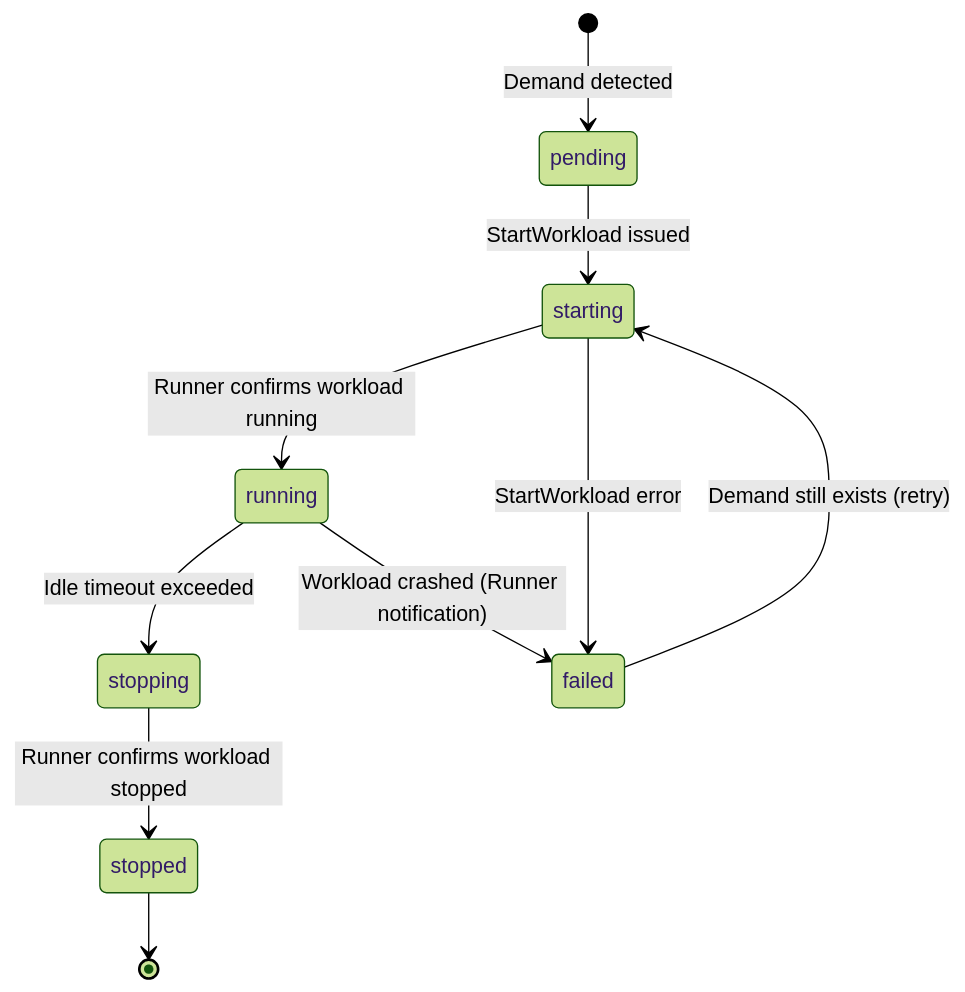
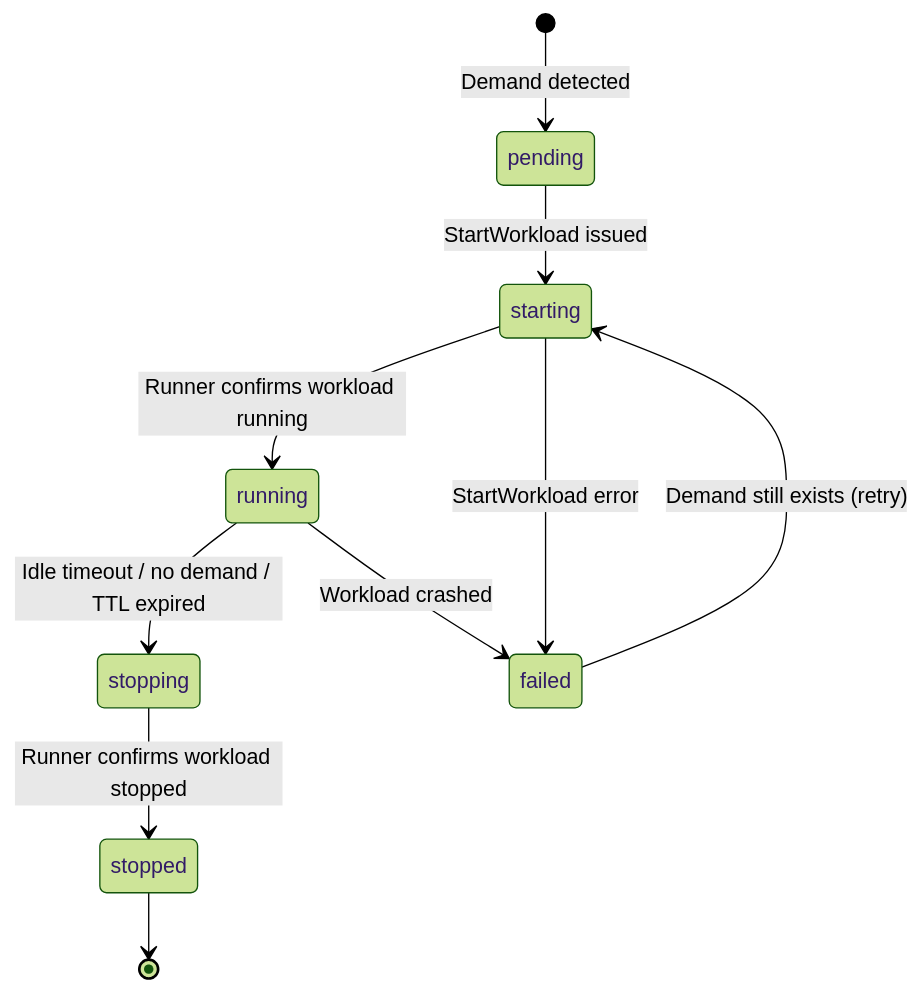
One commit to agynio/architecture changed the second of 3 diagrams in architecture/orchestrator.md. Above: the diagram before and after it, drawn with Mermaid (forest theme). The commit also changed other lines of this file and 12 other files, not shown here.

````diff
--- a/architecture/orchestrator.md
+++ b/architecture/orchestrator.md
@@ -83,12 +162,12 @@
 ```mermaid
 stateDiagram-v2
     [*] --> pending: Demand detected
     pending --> starting: StartWorkload issued
     starting --> running: Runner confirms workload running
     starting --> failed: StartWorkload error
-    running --> stopping: Idle timeout exceeded
-    running --> failed: Workload crashed (Runner notification)
+    running --> stopping: Idle timeout / no demand / TTL expired
+    running --> failed: Workload crashed
     stopping --> stopped: Runner confirms workload stopped
     failed --> starting: Demand still exists (retry)
     stopped --> [*]
 ```
````
